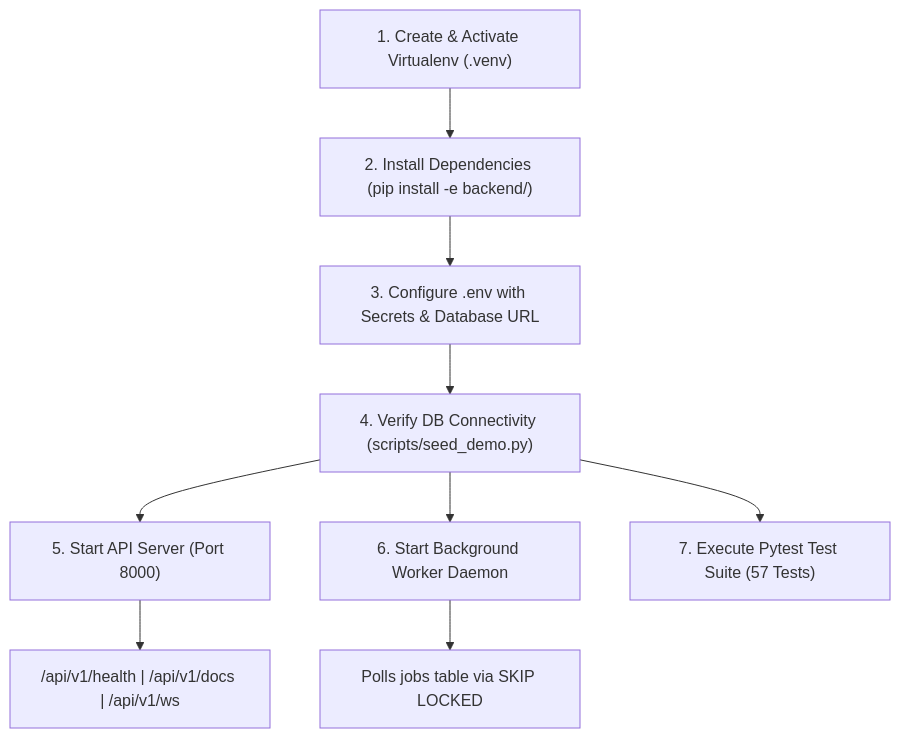
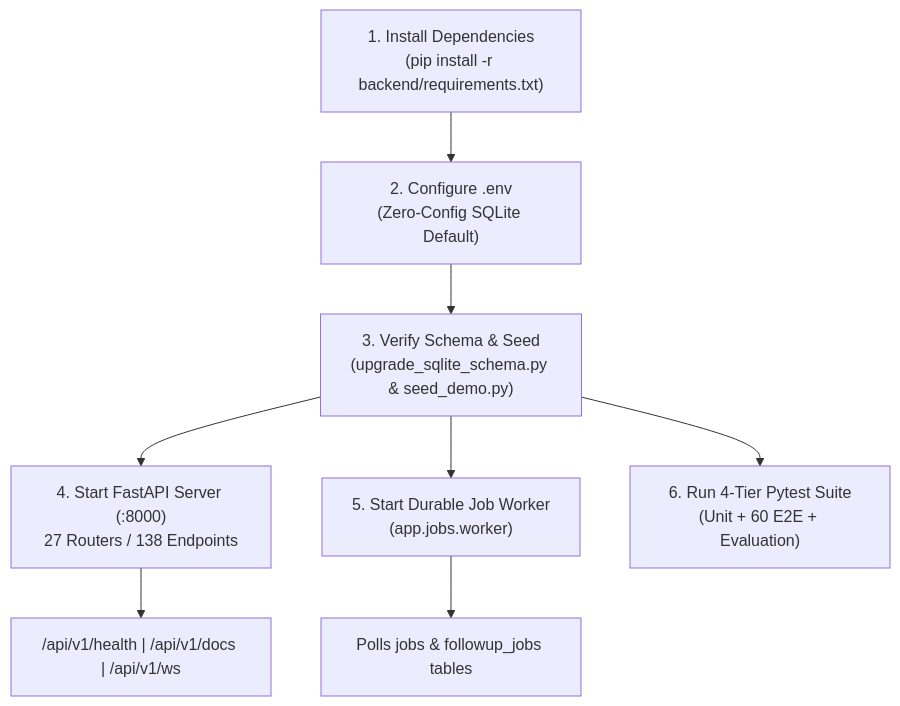
One commit to naborajs/wb-agent changed the diagram in assets docs/setup/03-backend-setup.md. Above: the diagram before and after it, drawn with Mermaid. The commit also changed other lines of this file and 8 other files, not shown here.

Commit message:
docs(setup): update setup guides 01-09 with zero-config SQLite default, fix broken wikilinks, and remove hardcoded phone numbers

````diff
--- a/assets docs/setup/03-backend-setup.md
+++ b/assets docs/setup/03-backend-setup.md
@@ -21,13 +23,12 @@
 ```mermaid
 flowchart TD
-    Env["1. Create & Activate Virtualenv (.venv)"] --> Deps["2. Install Dependencies (pip install -e backend/)"]
-    Deps --> Config["3. Configure .env with Secrets & Database URL"]
-    Config --> Check["4. Verify DB Connectivity (scripts/seed_demo.py)"]
+    Env["1. Install Dependencies\n(pip install -r backend/requirements.txt)"] --> Config["2. Configure .env\n(Zero-Config SQLite Default)"]
+    Config --> Migrate["3. Verify Schema & Seed\n(upgrade_sqlite_schema.py & seed_demo.py)"]
     
-    Check --> API["5. Start API Server (Port 8000)"]
-    Check --> Worker["6. Start Background Worker Daemon"]
-    Check --> Tests["7. Execute Pytest Test Suite (57 Tests)"]
+    Migrate --> API["4. Start FastAPI Server (:8000)\n27 Routers / 138 Endpoints"]
+    Migrate --> Worker["5. Start Durable Job Worker\n(app.jobs.worker)"]
+    Migrate --> Tests["6. Run 4-Tier Pytest Suite\n(Unit + 60 E2E + Evaluation)"]
 
     API --> Endpoints["/api/v1/health | /api/v1/docs | /api/v1/ws"]
-    Worker --> Queue["Polls jobs table via SKIP LOCKED"]
+    Worker --> Queue["Polls jobs & followup_jobs tables"]
 ```
````
